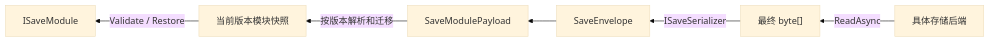
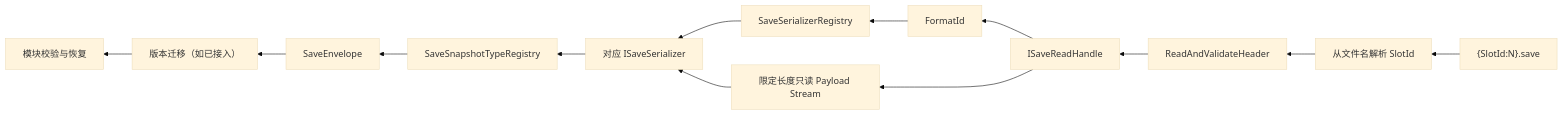
One commit to Whitesheeeep/3DRPG changed the third of 3 diagrams in Assets/Scripts/SaveSystem/SaveSystemDataContracts_Plan.md. Above: the diagram before and after it, drawn with Mermaid (base theme). The commit also changed other lines of this file and 190 other files, not shown here.

````diff
--- a/Assets/Scripts/SaveSystem/SaveSystemDataContracts_Plan.md
+++ b/Assets/Scripts/SaveSystem/SaveSystemDataContracts_Plan.md
@@ -47,8 +382,15 @@
 ```mermaid
 flowchart RL
-    Storage["具体存储后端"] -->|ReadAsync| Bytes["最终 byte[]"]
-    Bytes -->|ISaveSerializer| Envelope["SaveEnvelope"]
-    Envelope --> Payload["SaveModulePayload"]
-    Payload -->|按版本解析和迁移| Snapshot["当前版本模块快照"]
-    Snapshot -->|Validate / Restore| Module["ISaveModule"]
+    File["{SlotId:N}.save"] --> Name["从文件名解析 SlotId"]
+    Name --> Header["ReadAndValidateHeader"]
+    Header --> Handle["ISaveReadHandle"]
+    Handle --> Payload["限定长度只读 Payload Stream"]
+    Handle --> Format["FormatId"]
+    Format --> Resolver["SaveSerializerRegistry"]
+    Resolver --> Serializer["对应 ISaveSerializer"]
+    Payload --> Serializer
+    Serializer --> Types["SaveSnapshotTypeRegistry"]
+    Types --> Envelope["SaveEnvelope"]
+    Envelope --> Migration["版本迁移（如已接入）"]
+    Migration --> Restore["模块校验与恢复"]
 ```
````
